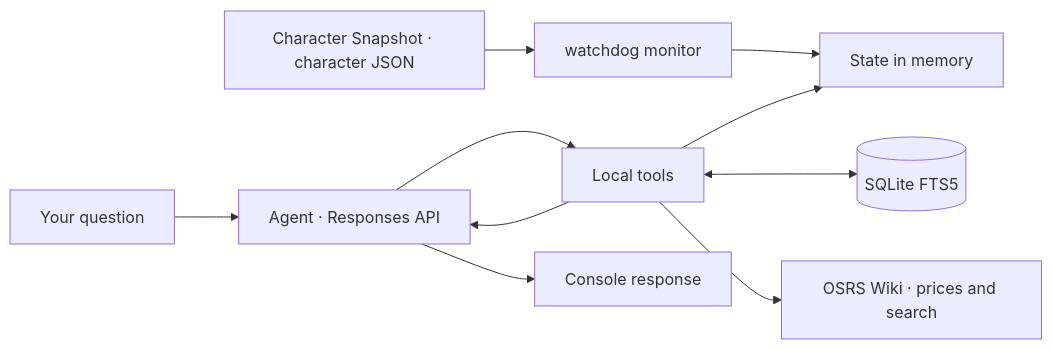
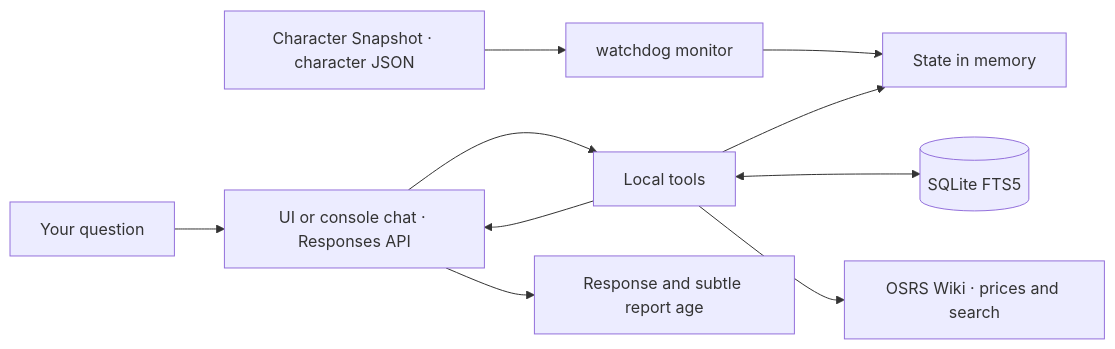
One commit to mauricio-castano-dev/osrs-gpt-companion changed the diagram in README.en.md. Above: the diagram before and after it, drawn with Mermaid. The commit also changed other lines of this file and 17 other files, not shown here.

````diff
--- a/README.en.md
+++ b/README.en.md
@@ -110,12 +128,12 @@
 ```mermaid
 flowchart LR
     R[Character Snapshot · character JSON] --> W[watchdog monitor]
     W --> C[State in memory]
-    U[Your question] --> A[Agent · Responses API]
+    U[Your question] --> A[UI or console chat · Responses API]
     A --> T[Local tools]
     T --> C
     T <--> M[(SQLite FTS5)]
     T --> E[OSRS Wiki · prices and search]
     T --> A
-    A --> F[Console response]
+    A --> F[Response and subtle report age]
 ```
````
